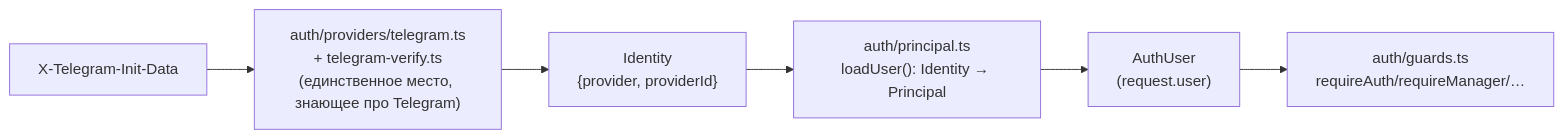
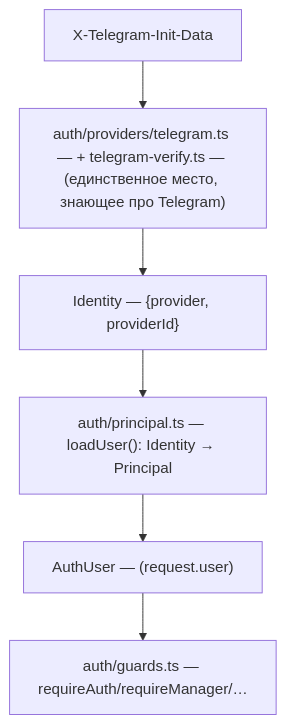
Before and after one commit to JustT1MExGOD/tele2-app: the diagram in docs/ADR/005-authentication-boundary.md, drawn with Mermaid. The commit also changed other lines of this file and 54 other files, not shown here.

````diff
--- a/docs/ADR/005-authentication-boundary.md
+++ b/docs/ADR/005-authentication-boundary.md
@@ -32,8 +46,8 @@
 ```mermaid
-flowchart LR
-    HDR["X-Telegram-Init-Data"] --> PROV["auth/providers/telegram.ts<br/>+ telegram-verify.ts<br/>(единственное место, знающее про Telegram)"]
-    PROV --> ID["Identity<br/>{provider, providerId}"]
-    ID --> PRINC["auth/principal.ts<br/>loadUser(): Identity → Principal"]
-    PRINC --> USER["AuthUser<br/>(request.user)"]
-    USER --> GUARDS["auth/guards.ts<br/>requireAuth/requireManager/…"]
+flowchart TB
+    HDR["X-Telegram-Init-Data"] --> PROV["auth/providers/telegram.ts — + telegram-verify.ts — (единственное место, знающее про Telegram)"]
+    PROV --> ID["Identity — {provider, providerId}"]
+    ID --> PRINC["auth/principal.ts — loadUser(): Identity → Principal"]
+    PRINC --> USER["AuthUser — (request.user)"]
+    USER --> GUARDS["auth/guards.ts — requireAuth/requireManager/…"]
 ```
````
